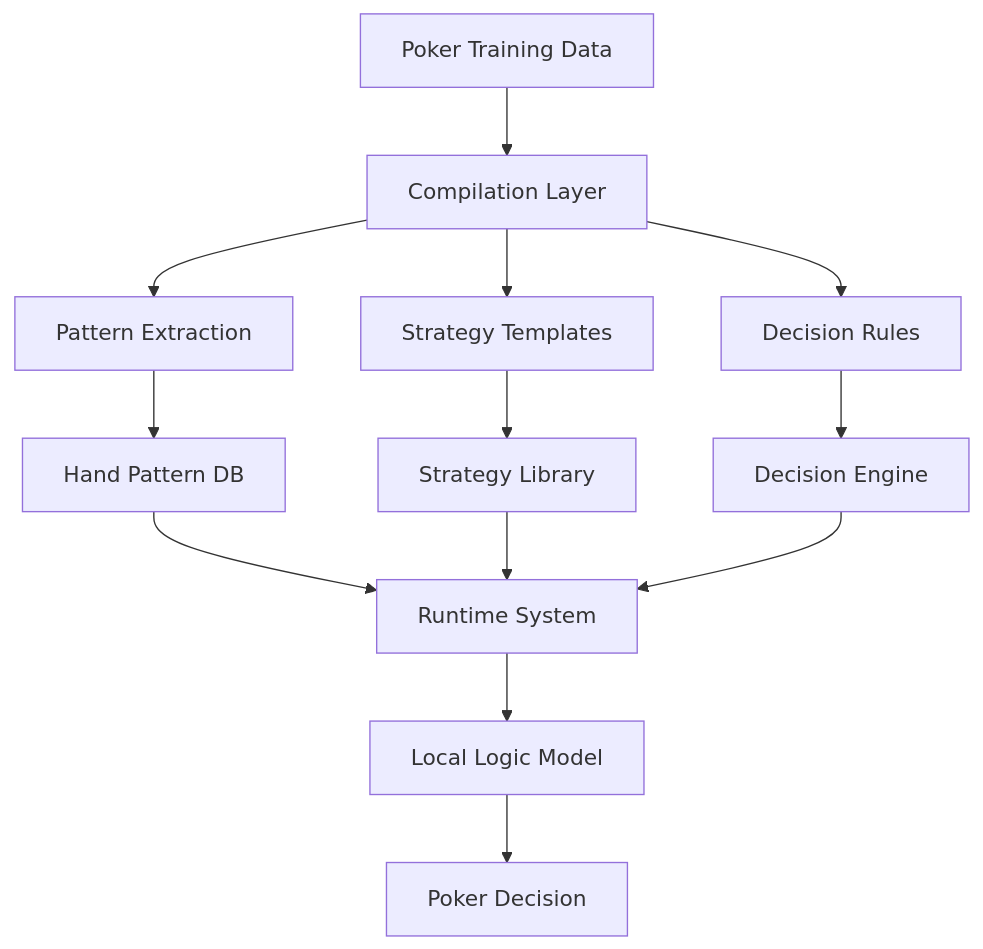
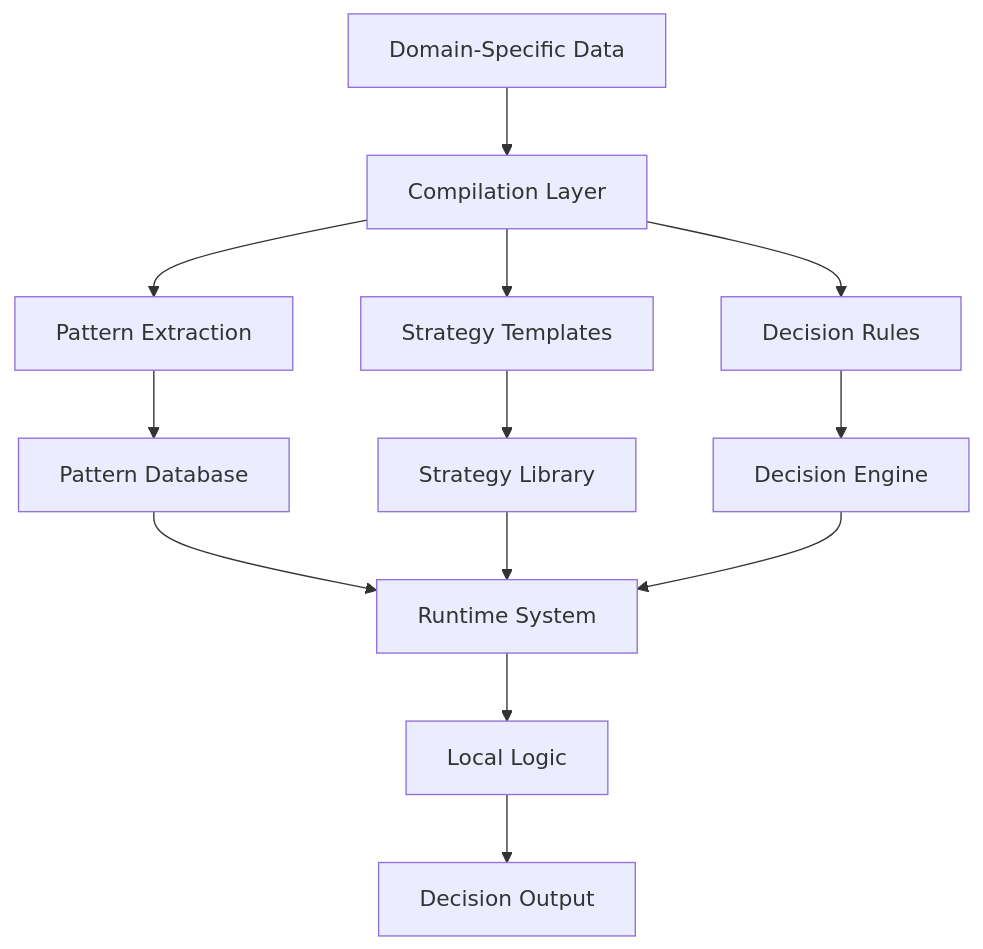
One commit to ruvnet/local-logic changed the first of 3 diagrams in README.md. Above: the diagram before and after it, drawn with Mermaid. The commit also changed other lines of this file, not shown here.

Commit message:
feat: Implement new feature for optimizing poker AI training process

````diff
--- a/README.md
+++ b/README.md
@@ -45,13 +48,13 @@
 ```mermaid
 graph TD
-    A[Poker Training Data] --> B[Compilation Layer]
+    A[Domain-Specific Data] --> B[Compilation Layer]
     B --> C[Pattern Extraction]
     B --> D[Strategy Templates]
     B --> E[Decision Rules]
-    C --> F[Hand Pattern DB]
+    C --> F[Pattern Database]
     D --> G[Strategy Library]
     E --> H[Decision Engine]
     F & G & H --> I[Runtime System]
-    I --> J[Local Logic Model]
-    J --> K[Poker Decision]
+    I --> J[Local Logic]
+    J --> K[Decision Output]
 ```
````
